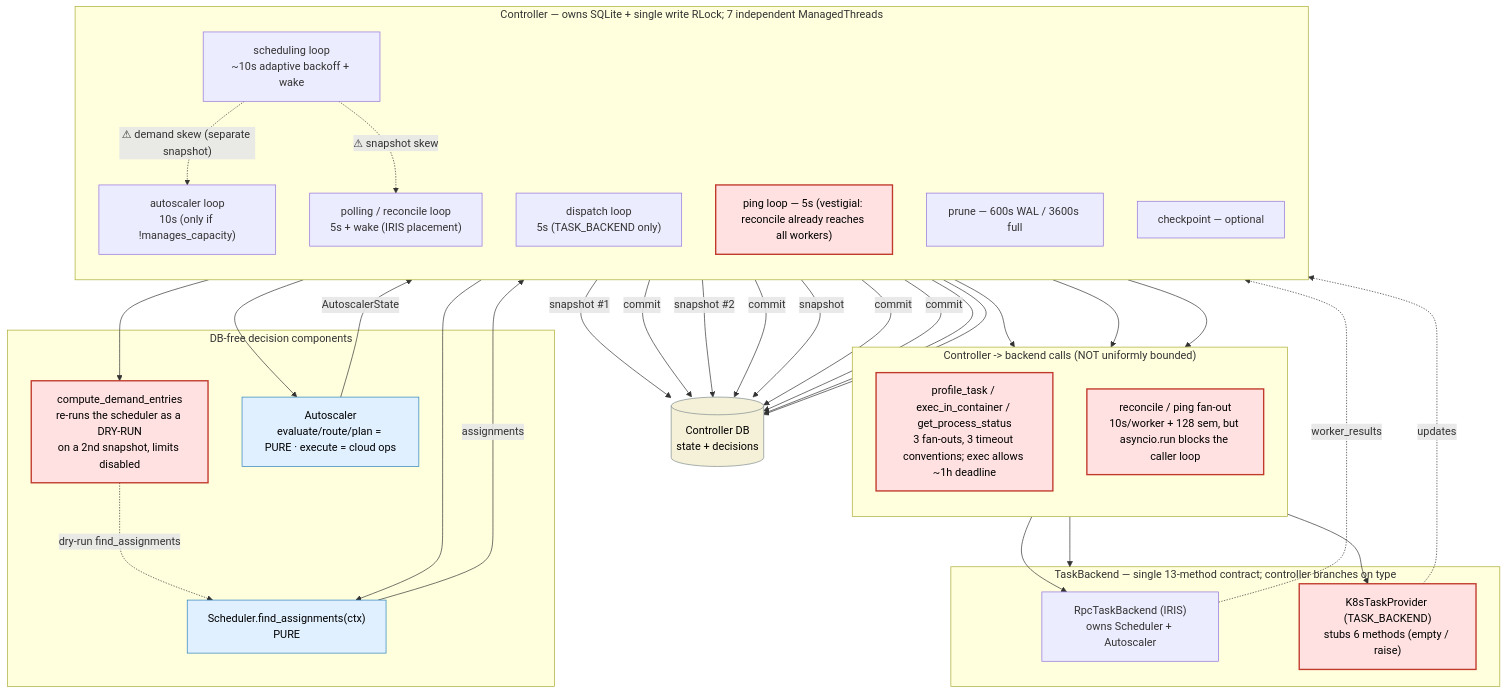
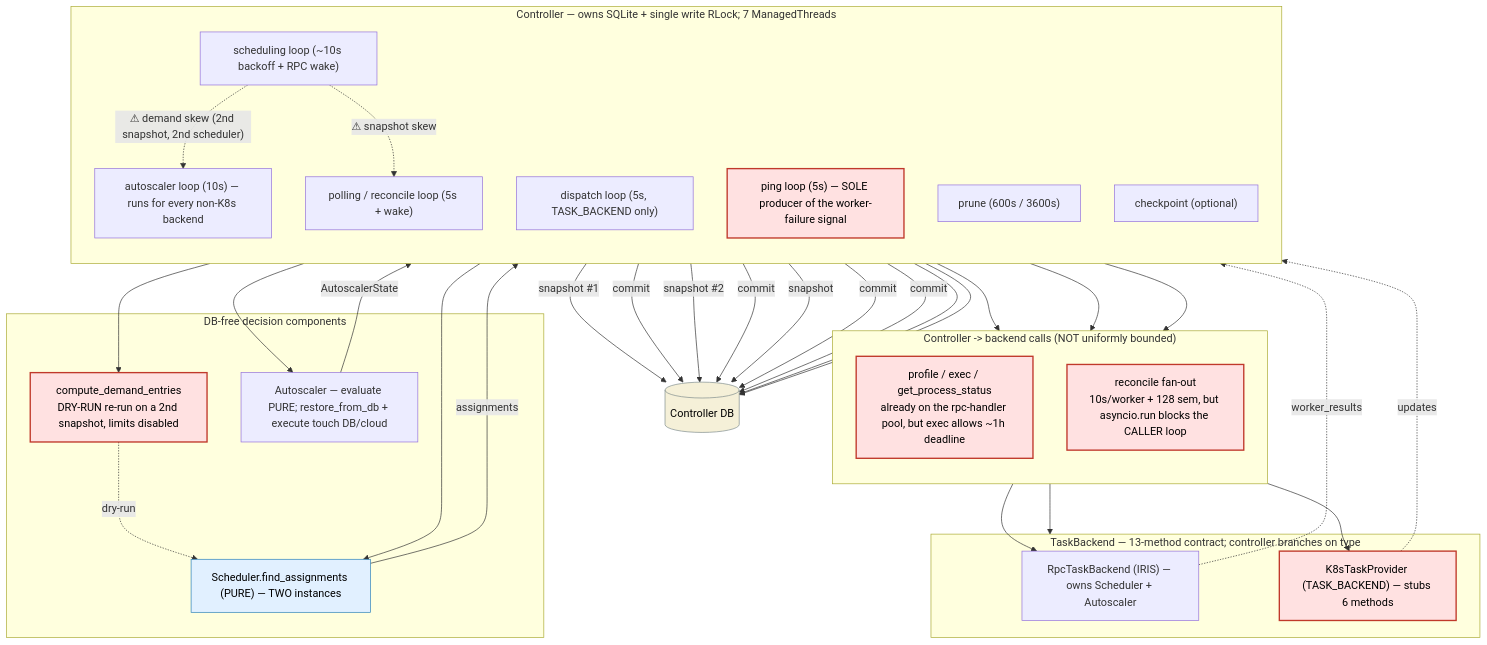
Before and after one commit to marin-community/marin: the first of 2 diagrams in docs/plans/tighten-iris-control-boundaries-multi-backend-readiness.md, drawn with Mermaid. The commit also changed other lines of this file, not shown here.

First line of the commit message:
[iris] Revise plan after adversarial review

````diff
--- a/docs/plans/tighten-iris-control-boundaries-multi-backend-readiness.md
+++ b/docs/plans/tighten-iris-control-boundaries-multi-backend-readiness.md
@@ -94,66 +75,61 @@
 ```mermaid
 flowchart TB
     classDef problem fill:#ffe1e1,stroke:#c0392b,stroke-width:2px,color:#000;
     classDef pure fill:#e1f0ff,stroke:#2980b9,color:#000;
     classDef store fill:#f5f0d8,stroke:#7f8c8d,color:#000;
 
     subgraph DISP["Controller -> backend calls (NOT uniformly bounded)"]
         direction TB
-        R3["profile_task / exec_in_container / get_process_status<br/>3 fan-outs, 3 timeout conventions; exec allows ~1h deadline"]:::problem
-        R4["reconcile / ping fan-out<br/>10s/worker + 128 sem, but asyncio.run blocks the caller loop"]:::problem
+        R3["profile / exec / get_process_status<br/>already on the rpc-handler pool, but exec allows ~1h deadline"]:::problem
+        R4["reconcile fan-out<br/>10s/worker + 128 sem, but asyncio.run blocks the CALLER loop"]:::problem
     end
 
-    subgraph CTRL["Controller — owns SQLite + single write RLock; 7 independent ManagedThreads"]
+    subgraph CTRL["Controller — owns SQLite + single write RLock; 7 ManagedThreads"]
         direction TB
-        L1["scheduling loop<br/>~10s adaptive backoff + wake"]
-        L2["polling / reconcile loop<br/>5s + wake (IRIS placement)"]
-        L3["dispatch loop<br/>5s (TASK_BACKEND only)"]
-        L4["ping loop — 5s (vestigial: reconcile already reaches all workers)"]:::problem
-        L5["autoscaler loop<br/>10s (only if !manages_capacity)"]
-        L6["prune — 600s WAL / 3600s full"]
-        L7["checkpoint — optional"]
+        L1["scheduling loop (~10s backoff + RPC wake)"]
+        L2["polling / reconcile loop (5s + wake)"]
+        L3["dispatch loop (5s, TASK_BACKEND only)"]
+        L4["ping loop (5s) — SOLE producer of the worker-failure signal"]:::problem
+        L5["autoscaler loop (10s) — runs for every non-K8s backend"]
+        L6["prune (600s / 3600s)"]
+        L7["checkpoint (optional)"]
     end
 
-    DB[("Controller DB<br/>state + decisions")]:::store
+    DB[("Controller DB")]:::store
 
     subgraph PURE["DB-free decision components"]
-        SCH["Scheduler.find_assignments(ctx)<br/>PURE"]:::pure
-        DEM["compute_demand_entries<br/>re-runs the scheduler as a DRY-RUN<br/>on a 2nd snapshot, limits disabled"]:::problem
-        ASP["Autoscaler<br/>evaluate/route/plan = PURE · execute = cloud ops"]:::pure
+        SCH["Scheduler.find_assignments (PURE) — TWO instances"]:::pure
+        DEM["compute_demand_entries<br/>DRY-RUN re-run on a 2nd snapshot, limits disabled"]:::problem
+        ASP["Autoscaler — evaluate PURE; restore_from_db + execute touch DB/cloud"]
     end
 
-    subgraph BK["TaskBackend — single 13-method contract; controller branches on type"]
-        RPCB["RpcTaskBackend (IRIS)<br/>owns Scheduler + Autoscaler"]
-        K8S["K8sTaskProvider (TASK_BACKEND)<br/>stubs 6 methods (empty / raise)"]:::problem
+    subgraph BK["TaskBackend — 13-method contract; controller branches on type"]
+        RPCB["RpcTaskBackend (IRIS) — owns Scheduler + Autoscaler"]
+        K8S["K8sTaskProvider (TASK_BACKEND) — stubs 6 methods"]:::problem
     end
 
     L1 -->|"snapshot #1"| DB
     L1 --> SCH
     SCH -->|"assignments"| L1
     L1 -->|"commit"| DB
-
     L5 -->|"snapshot #2"| DB
     L5 --> DEM
-    DEM -.->|"dry-run find_assignments"| SCH
+    DEM -.->|"dry-run"| SCH
     L5 --> ASP
     ASP -->|"AutoscalerState"| L5
     L5 -->|"commit"| DB
-
     L2 -->|"snapshot"| DB
-    L2 --> R4
-    R4 --> RPCB
+    L2 --> R4 --> RPCB
     RPCB -.->|"worker_results"| L2
-    L3 --> R4
-    R4 --> K8S
+    L3 --> R4 --> K8S
     K8S -.->|"updates"| L3
     L2 -->|"commit"| DB
     L3 -->|"commit"| DB
     L4 --> R4
-
     L6 --> DB
     L7 --> DB
     R3 --> BK
 
-    L1 -.->|"⚠ demand skew (separate snapshot)"| L5
+    L1 -.->|"⚠ demand skew (2nd snapshot, 2nd scheduler)"| L5
     L1 -.->|"⚠ snapshot skew"| L2
 ```
````
